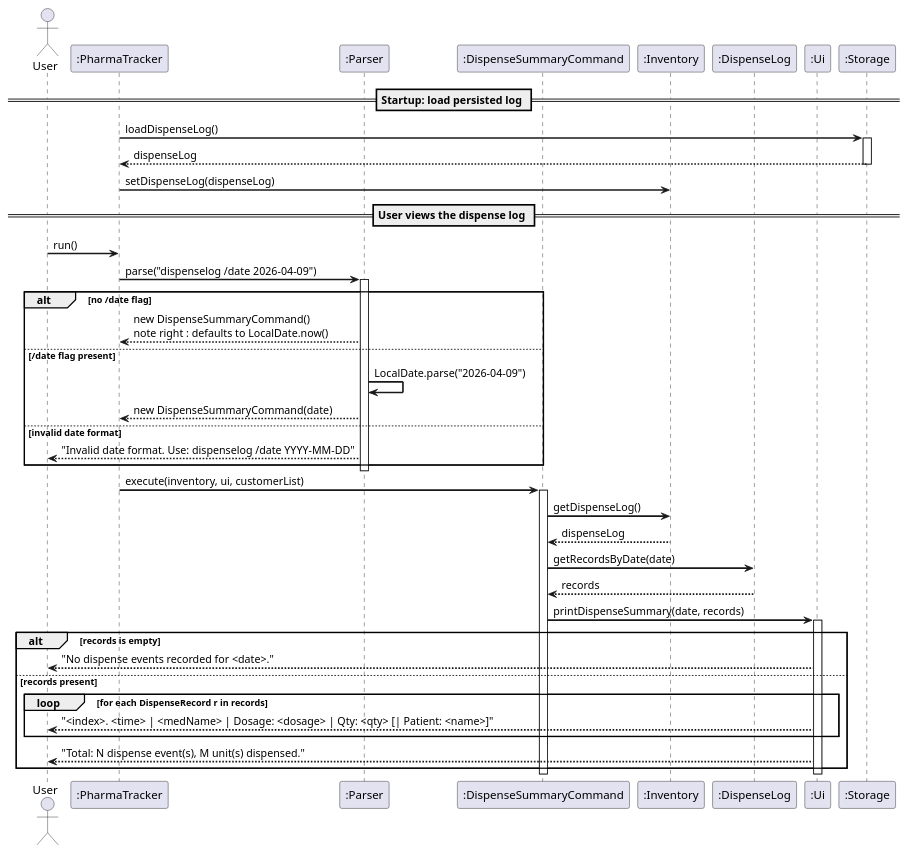
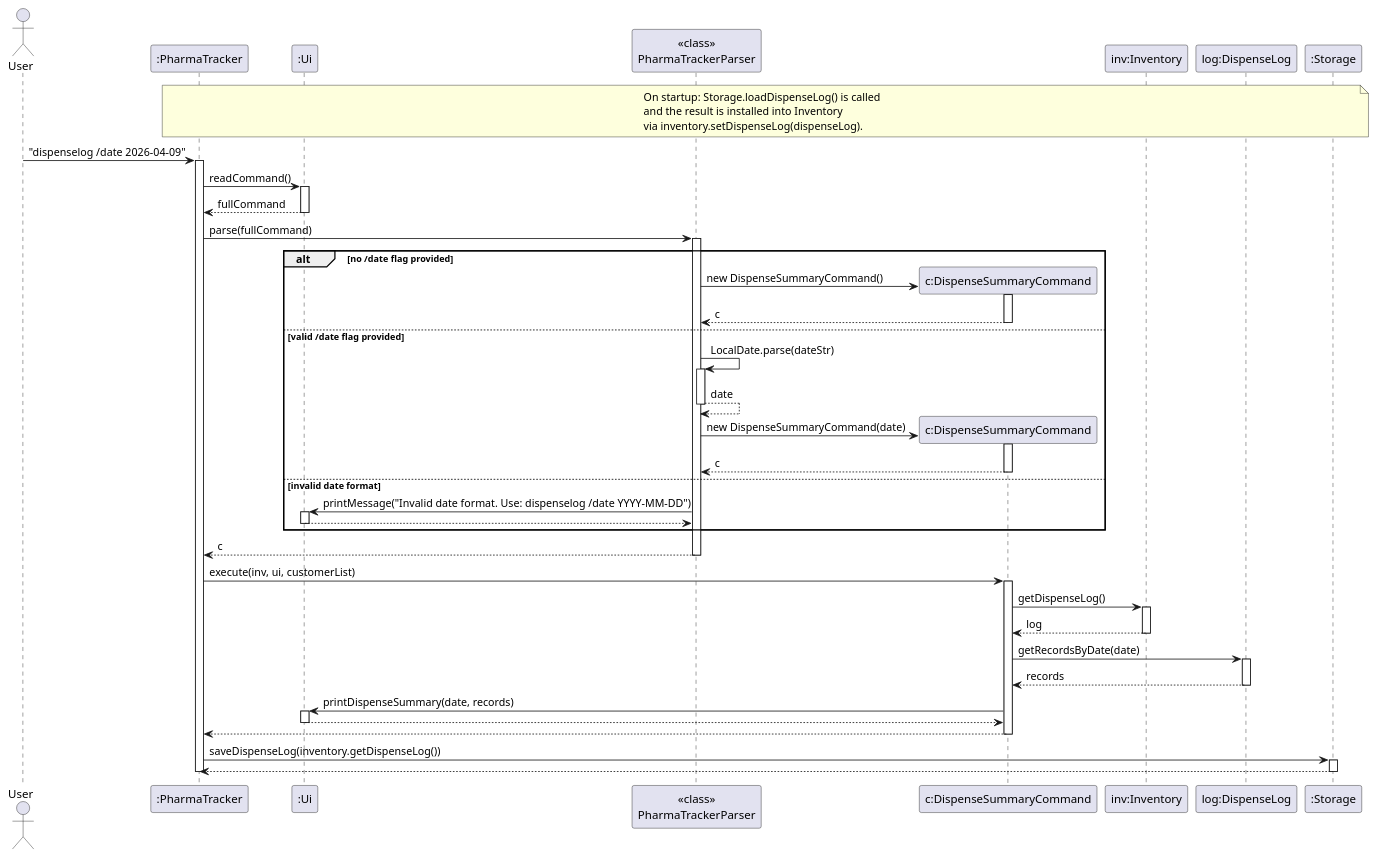
One commit to Yaqi66/tp changed the diagram in docs/diagrams/DispenseLogSequence.puml. Above: the diagram before and after it, drawn with PlantUML. The commit also changed 21 other files, not shown here.

Commit message:
Update sequence diagrams

```diff
--- a/docs/diagrams/DispenseLogSequence.puml
+++ b/docs/diagrams/DispenseLogSequence.puml
@@ -1,61 +1,83 @@
 @startuml
-skinparam backgroundColor white
-skinparam sequenceArrowThickness 2
+skinparam ArrowFontStyle plain
 
 actor User
-participant ":PharmaTracker" as PT
-participant ":Parser" as Parser
-participant ":DispenseSummaryCommand" as Cmd
-participant ":Inventory" as Inv
-participant ":DispenseLog" as Log
+participant ":PharmaTracker" as PharmaTracker
 participant ":Ui" as Ui
+participant "<<class>>\nPharmaTrackerParser" as Parser
+participant "c:DispenseSummaryCommand" as DispenseSummaryCommand
+participant "inv:Inventory" as Inventory
+participant "log:DispenseLog" as DispenseLog
 participant ":Storage" as Storage
 
-== Startup: load persisted log ==
+note over PharmaTracker, Storage
+  On startup: Storage.loadDispenseLog() is called
+  and the result is installed into Inventory
+  via inventory.setDispenseLog(dispenseLog).
+end note
 
-PT -> Storage : loadDispenseLog()
-activate Storage
-Storage --> PT : dispenseLog
-deactivate Storage
-PT -> Inv : setDispenseLog(dispenseLog)
+User -> PharmaTracker : "dispenselog /date 2026-04-09"
+activate PharmaTracker
 
-== User views the dispense log ==
+PharmaTracker -> Ui : readCommand()
+activate Ui
+Ui --> PharmaTracker : fullCommand
+deactivate Ui
 
-User -> PT : run()
-PT -> Parser : parse("dispenselog /date 2026-04-09")
+PharmaTracker -> Parser : parse(fullCommand)
 activate Parser
 
-alt no /date flag
-    Parser --> PT : new DispenseSummaryCommand()\nnote right : defaults to LocalDate.now()
-else /date flag present
-    Parser -> Parser : LocalDate.parse("2026-04-09")
-    Parser --> PT : new DispenseSummaryCommand(date)
+alt no /date flag provided
+    create DispenseSummaryCommand
+    Parser -> DispenseSummaryCommand : new DispenseSummaryCommand()
+    activate DispenseSummaryCommand
+    DispenseSummaryCommand --> Parser : c
+    deactivate DispenseSummaryCommand
+else valid /date flag provided
+    Parser -> Parser : LocalDate.parse(dateStr)
+    activate Parser
+    Parser --> Parser : date
+    deactivate Parser
+    create DispenseSummaryCommand
+    Parser -> DispenseSummaryCommand : new DispenseSummaryCommand(date)
+    activate DispenseSummaryCommand
+    DispenseSummaryCommand --> Parser : c
+    deactivate DispenseSummaryCommand
 else invalid date format
-    Parser --> User : "Invalid date format. Use: dispenselog /date YYYY-MM-DD"
+    Parser -> Ui : printMessage("Invalid date format. Use: dispenselog /date YYYY-MM-DD")
+    activate Ui
+    Ui --> Parser
+    deactivate Ui
 end
+
+Parser --> PharmaTracker : c
 deactivate Parser
 
-PT -> Cmd : execute(inventory, ui, customerList)
-activate Cmd
+PharmaTracker -> DispenseSummaryCommand : execute(inv, ui, customerList)
+activate DispenseSummaryCommand
 
-Cmd -> Inv : getDispenseLog()
-Inv --> Cmd : dispenseLog
+DispenseSummaryCommand -> Inventory : getDispenseLog()
+activate Inventory
+Inventory --> DispenseSummaryCommand : log
+deactivate Inventory
 
-Cmd -> Log : getRecordsByDate(date)
-Log --> Cmd : records
+DispenseSummaryCommand -> DispenseLog : getRecordsByDate(date)
+activate DispenseLog
+DispenseLog --> DispenseSummaryCommand : records
+deactivate DispenseLog
 
-Cmd -> Ui : printDispenseSummary(date, records)
+DispenseSummaryCommand -> Ui : printDispenseSummary(date, records)
 activate Ui
+Ui --> DispenseSummaryCommand
+deactivate Ui
 
-alt records is empty
-    Ui --> User : "No dispense events recorded for <date>."
-else records present
-    loop for each DispenseRecord r in records
-        Ui --> User : "<index>. <time> | <medName> | Dosage: <dosage> | Qty: <qty> [| Patient: <name>]"
-    end
-    Ui --> User : "Total: N dispense event(s), M unit(s) dispensed."
-end
-deactivate Ui
-deactivate Cmd
+DispenseSummaryCommand --> PharmaTracker
+deactivate DispenseSummaryCommand
 
+PharmaTracker -> Storage : saveDispenseLog(inventory.getDispenseLog())
+activate Storage
+Storage --> PharmaTracker
+deactivate Storage
+
+deactivate PharmaTracker
 @enduml
```
